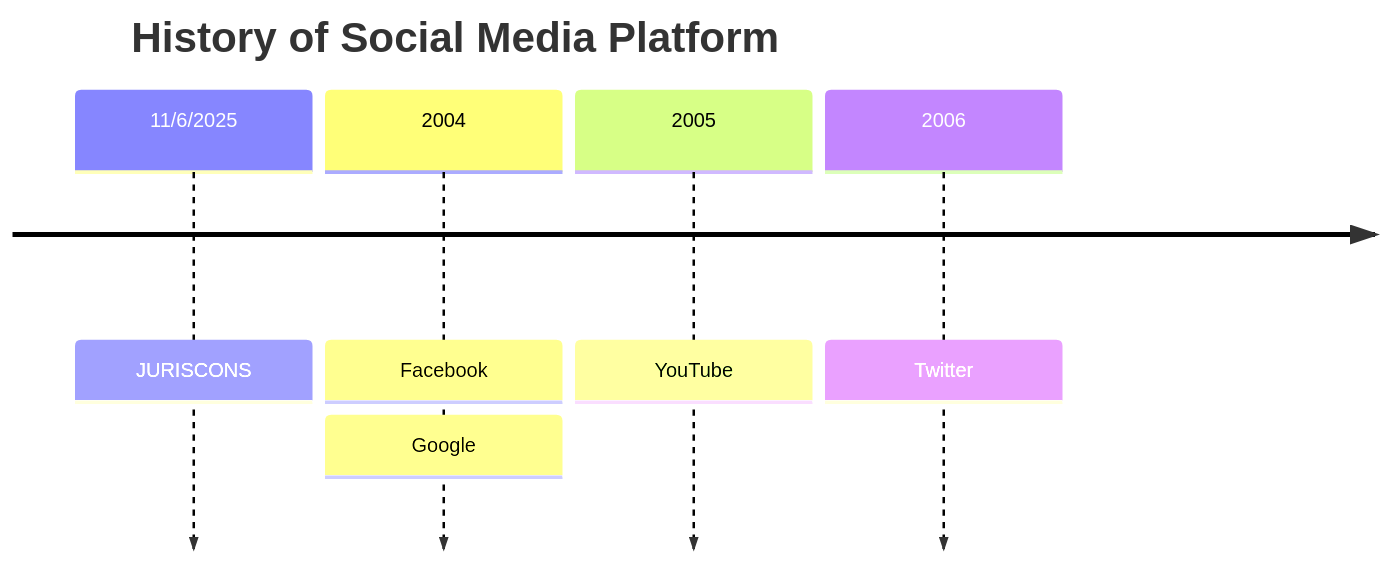
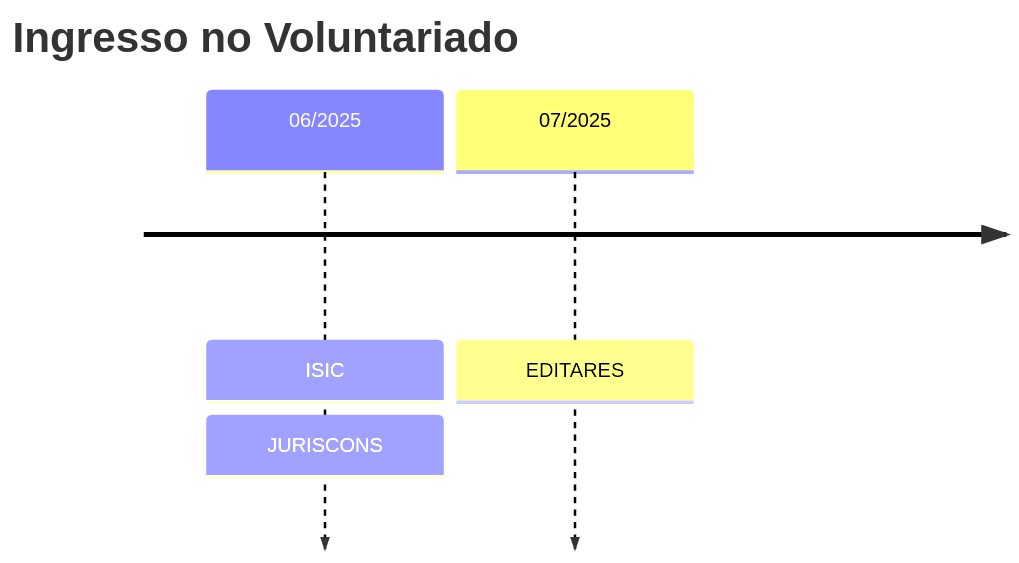
The diagram in index.qmd (edusantana/autopesquisa-voluntariado-relatorio-2025), drawn with Mermaid before and after one commit. The commit also changed other lines of this file and 7 other files, not shown here.

````diff
--- a/index.qmd
+++ b/index.qmd
@@ -350,9 +159,7 @@
 ```{mermaid}
 timeline
-    title History of Social Media Platform
-    11/6/2025 : JURISCONS
-    2004 : Facebook
-         : Google
-    2005 : YouTube
-    2006 : Twitter
+    title Ingresso no Voluntariado
+    06/2025 : ISIC
+            : JURISCONS
+    07/2025 : EDITARES
 ```
````
